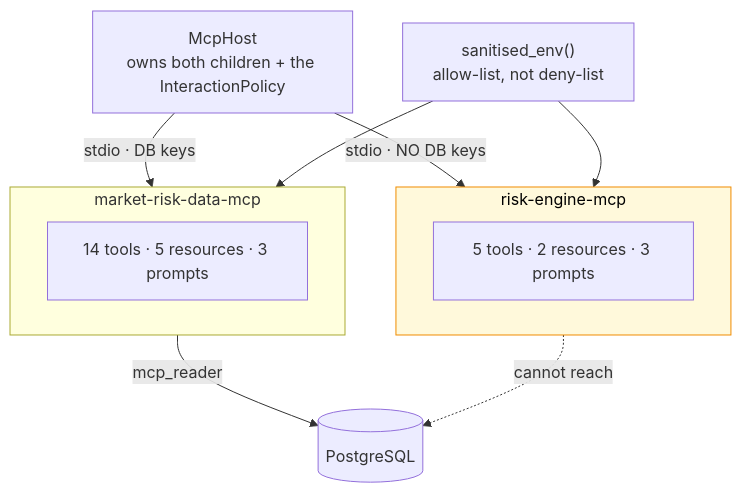
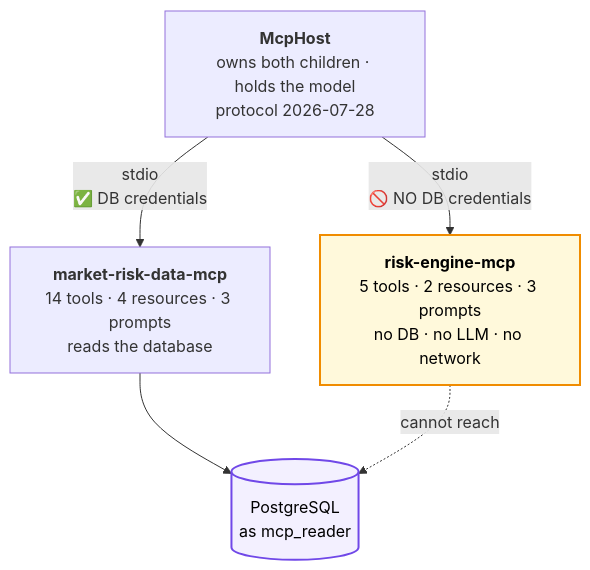
The sixth of 10 diagrams in README.md (KrishnaAnnavaram/semantic-mcp-data-access-gateway), drawn with Mermaid before and after one commit. The commit also changed other lines of this file, not shown here.

````diff
--- a/README.md
+++ b/README.md
@@ -338,19 +457,17 @@
 ```mermaid
-flowchart TD
-    HOST["McpHost<br/>owns both children + the InteractionPolicy"]
-    subgraph D["market-risk-data-mcp"]
-        DT["14 tools · 5 resources · 3 prompts"]
-    end
-    subgraph R["risk-engine-mcp"]
-        RT["5 tools · 2 resources · 3 prompts"]
-    end
-    PG[("PostgreSQL")]
-    ENV["sanitised_env()<br/>allow-list, not deny-list"]
-    HOST -->|"stdio · DB keys"| D
-    HOST -->|"stdio · NO DB keys"| R
-    D -->|mcp_reader| PG
+flowchart TB
+    H["<b>McpHost</b><br/>owns both children · holds the model<br/>protocol 2026-07-28"]
+    D["<b>market-risk-data-mcp</b><br/>14 tools · 4 resources · 3 prompts<br/>reads the database"]
+    R["<b>risk-engine-mcp</b><br/>5 tools · 2 resources · 3 prompts<br/>no DB · no LLM · no network"]
+    PG[("PostgreSQL<br/>as mcp_reader")]
+
+    H -->|"stdio<br/>✅ DB credentials"| D
+    H -->|"stdio<br/>🚫 NO DB credentials"| R
+    D --> PG
     R -.->|"cannot reach"| PG
-    ENV --> D
-    ENV --> R
-    style R fill:#fff9db,stroke:#f08c00,color:#000
+
+    classDef isolated fill:#fff9db,stroke:#f08c00,stroke-width:2px,color:#000
+    classDef store fill:#f3f0ff,stroke:#7048e8,stroke-width:2px,color:#000
+    class R isolated
+    class PG store
 ```
````
